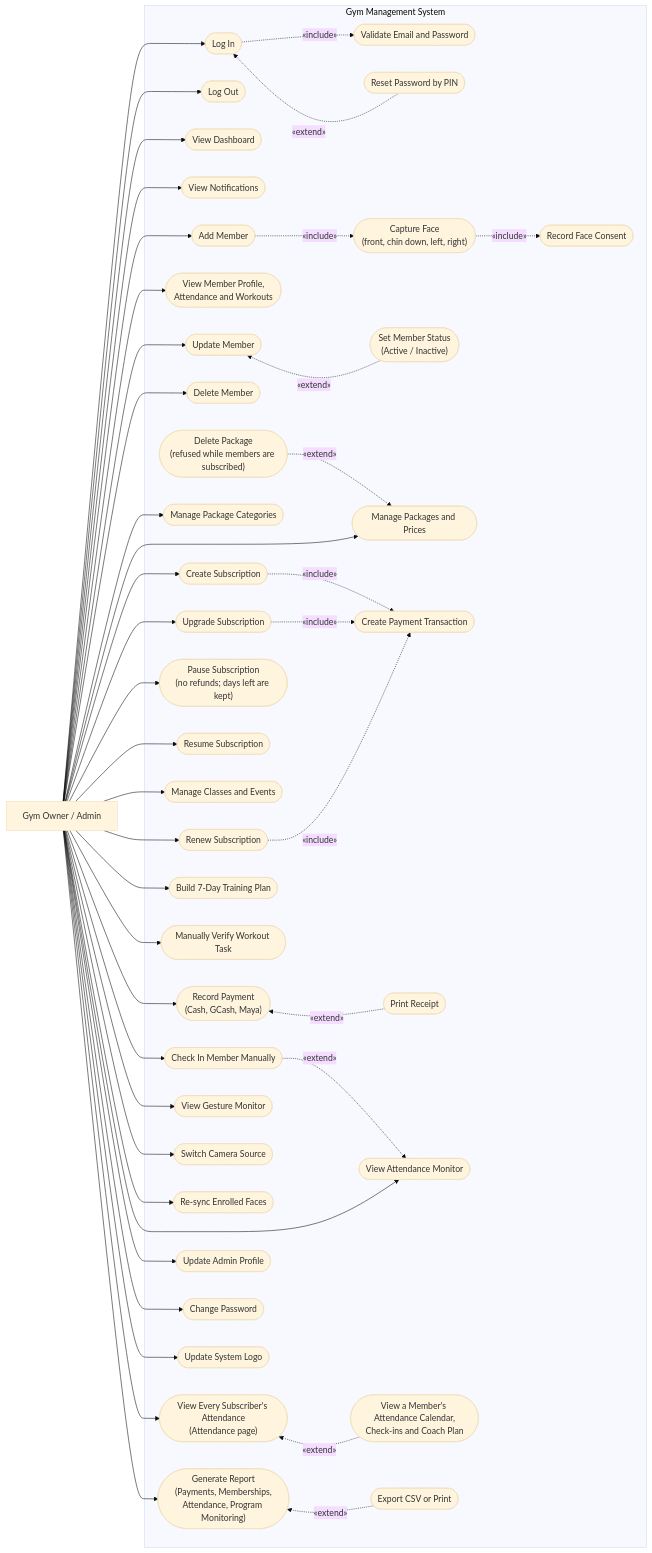
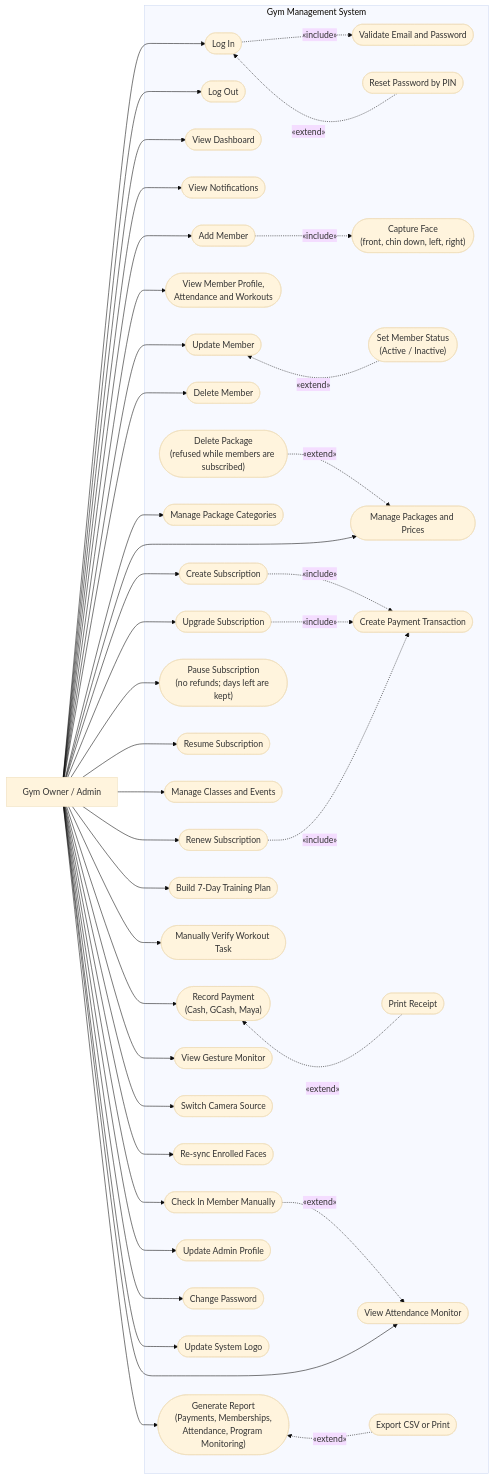
The fifth of 9 diagrams in Updated Current Plan For Development/Chapter4_Diagrams (2).md (Plonteras191/GYM2-CAPSTONE), drawn with Mermaid (base theme) before and after one commit. The commit also changed other lines of this file and 73 other files, not shown here.

```diff
--- a/Updated Current Plan For Development/Chapter4_Diagrams (2).md
+++ b/Updated Current Plan For Development/Chapter4_Diagrams (2).md
@@ -330,7 +323,6 @@
 
         AddMem(["Add Member"])
         Face(["Capture Face<br/>(front, chin down, left, right)"])
-        Consent(["Record Face Consent"])
         ViewMem(["View Member Profile,<br/>Attendance and Workouts"])
         UpdMem(["Update Member"])
         SetStatus(["Set Member Status<br/>(Active / Inactive)"])
@@ -354,8 +346,6 @@
         Manual(["Manually Verify Workout Task"])
 
         AttMon(["View Attendance Monitor"])
-        AttPage(["View Every Subscriber's Attendance<br/>(Attendance page)"])
-        AttDetail(["View a Member's Attendance Calendar,<br/>Check-ins and Coach Plan"])
         ManualIn(["Check In Member Manually"])
         GesMon(["View Gesture Monitor"])
         Switch(["Switch Camera Source"])
@@ -372,7 +362,6 @@
         Login ~~~ Reset
         Reset -.->|"«extend»"| Login
         AddMem -.->|"«include»"| Face
-        Face -.->|"«include»"| Consent
         UpdMem ~~~ SetStatus
         SetStatus -.->|"«extend»"| UpdMem
         DelPack -.->|"«extend»"| Pack
@@ -382,8 +371,6 @@
         Pay ~~~ Receipt
         Receipt -.->|"«extend»"| Pay
         ManualIn -.->|"«extend»"| AttMon
-        AttPage ~~~ AttDetail
-        AttDetail -.->|"«extend»"| AttPage
         Report ~~~ Export
         Export -.->|"«extend»"| Report
     end
@@ -408,7 +395,6 @@
     Admin --> Plan
     Admin --> Manual
     Admin --> AttMon
-    Admin --> AttPage
     Admin --> ManualIn
     Admin --> GesMon
     Admin --> Switch
```
